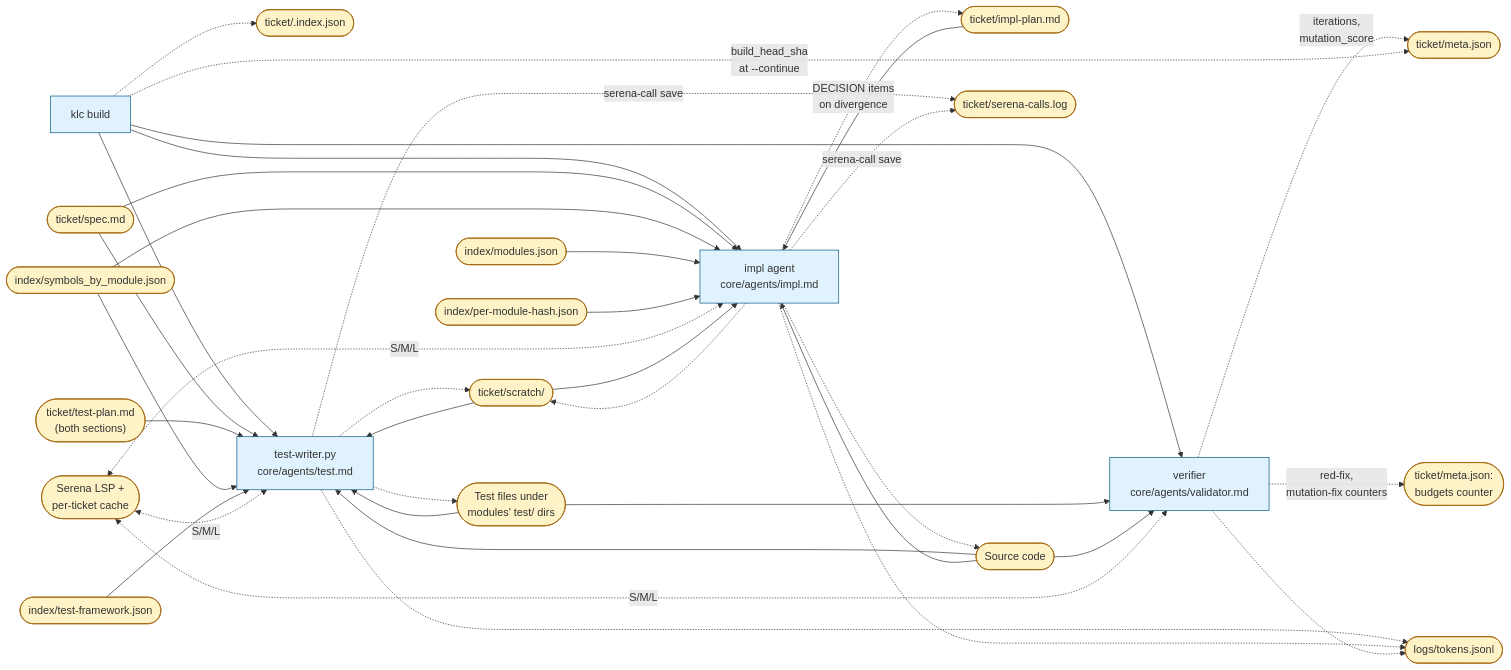
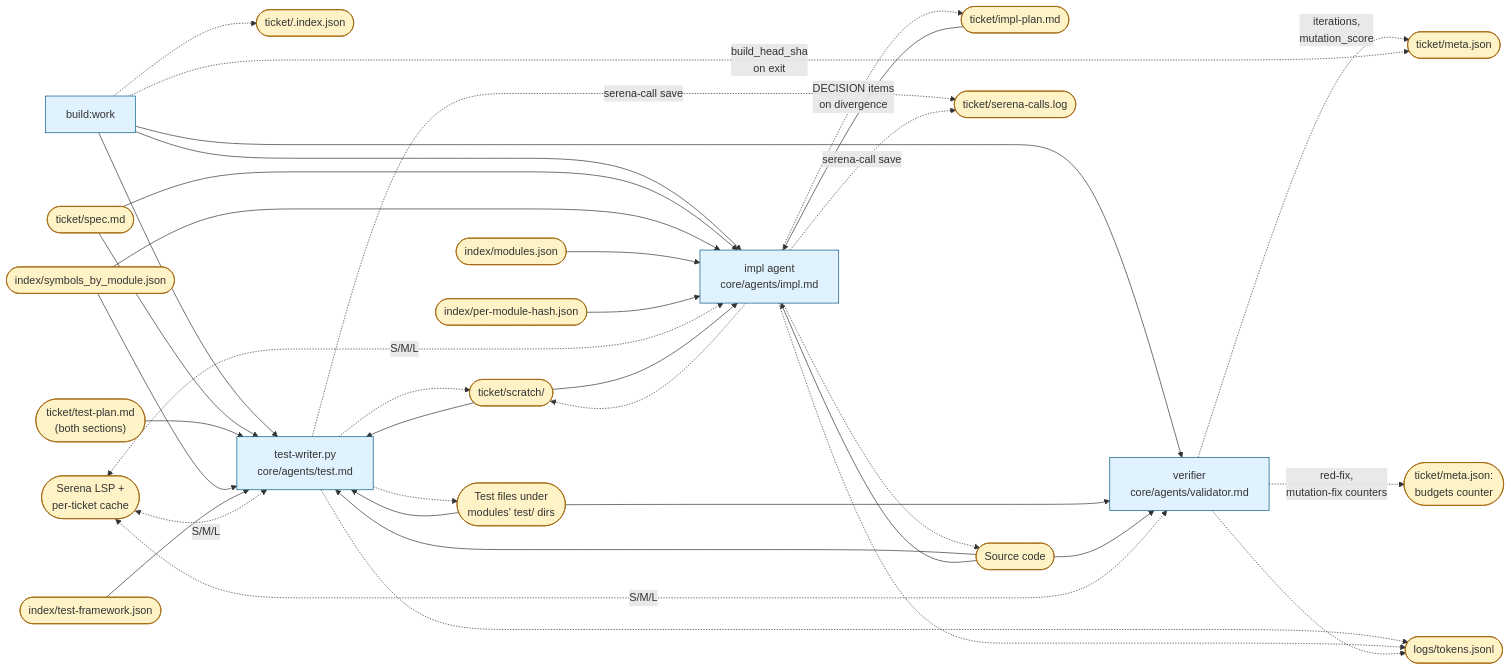
Before and after one commit to kyyyyf/klc: the fourth of 4 diagrams in docs/process-roles.md, drawn with Mermaid. The commit also changed other lines of this file and 74 other files, not shown here.

````diff
--- a/docs/process-roles.md
+++ b/docs/process-roles.md
@@ -337,81 +341,81 @@
 ```mermaid
 flowchart LR
     %% stores
     spec(["ticket/spec.md"])
     tplan(["ticket/test-plan.md<br/>(both sections)"])
     implplan(["ticket/impl-plan.md"])
     meta(["ticket/meta.json"])
     tindex(["ticket/.index.json"])
     code(["Source code"])
     tests(["Test files under<br/>modules' test/ dirs"])
     modules(["index/modules.json"])
     sbm(["index/symbols_by_module.json"])
     testfw(["index/test-framework.json"])
     phash(["index/per-module-hash.json"])
     budgets(["ticket/meta.json:<br/>budgets counter"])
     tokenlog(["logs/tokens.jsonl"])
     serenacalls(["ticket/serena-calls.log"])
     serena(["Serena LSP +<br/>per-ticket cache"])
     scratch(["ticket/scratch/"])
 
     %% commands inside Build (test-first loop)
-    build[klc build]
+    build[build:work]
     testw[test-writer.py<br/>core/agents/test.md]
     implw[impl agent<br/>core/agents/impl.md]
     verify[verifier<br/>core/agents/validator.md]
 
     build --> testw
     build --> implw
     build --> verify
 
     %% read heavy from ticket + indices + code
     spec --> testw
     tplan --> testw
     sbm --> testw
     testfw --> testw
     tests --> testw
     code --> testw
 
     spec --> implw
     implplan --> implw
     sbm --> implw
     modules --> implw
     code --> implw
     phash --> implw
 
     tests --> verify
     code --> verify
 
     %% Serena — unfettered on M/L, Build-only on S, denied on XS.
     serena <-.S/M/L.-> testw
     serena <-.S/M/L.-> implw
     serena <-.S/M/L.-> verify
 
     %% writes — code / tests land on disk, plan is updated when
     %% reality diverges, scratch holds intermediate state, logs
     %% grow on every iteration.
     testw -.-> tests
     implw -.-> code
     implw -.DECISION items<br/>on divergence.-> implplan
     verify -.iterations,<br/>mutation_score.-> meta
     verify -.red-fix,<br/>mutation-fix counters.-> budgets
 
     testw -.-> scratch
     implw -.-> scratch
     scratch --> testw
     scratch --> implw
 
     testw -.-> tokenlog
     implw -.-> tokenlog
     verify -.-> tokenlog
     testw -.serena-call save.-> serenacalls
     implw -.serena-call save.-> serenacalls
 
     build -.-> tindex
-    build -.build_head_sha<br/>at --continue.-> meta
+    build -.build_head_sha<br/>on exit.-> meta
 
     classDef store fill:#fef3c7,stroke:#a16207,stroke-width:1px;
     classDef cmd   fill:#e0f2fe,stroke:#075985,stroke-width:1px;
     class spec,tplan,implplan,meta,tindex,code,tests,modules,sbm,testfw,phash,budgets,tokenlog,serenacalls,serena,scratch store;
     class build,testw,implw,verify cmd;
 ```
````
